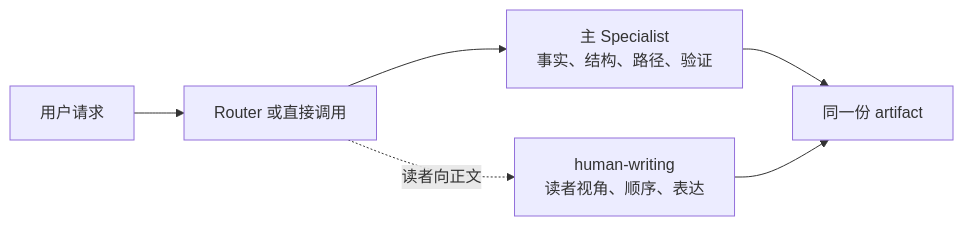
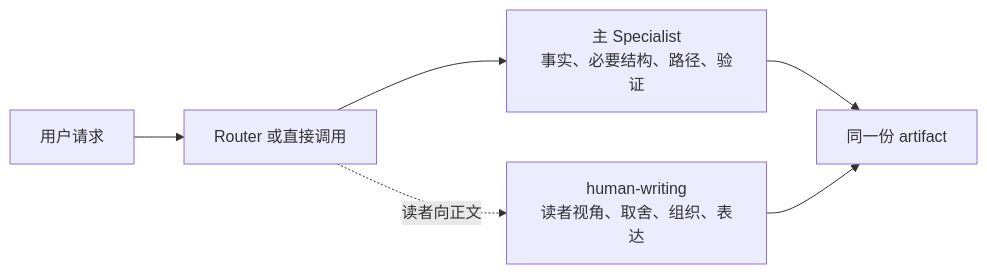
Before and after one commit to Neplich/dev-agent-skills: the second of 2 diagrams in docs/architecture.md, drawn with Mermaid. The commit also changed other lines of this file and 49 other files, not shown here.

First line of the commit message:
feat(human-writing): 补齐范围判断、结构权限与高风险事实回传 (#314)

````diff
--- a/docs/architecture.md
+++ b/docs/architecture.md
@@ -44,8 +48,8 @@
 ```mermaid
 flowchart LR
     U["用户请求"] --> R["Router 或直接调用"]
-    R --> P["主 Specialist\n事实、结构、路径、验证"]
-    R -. "读者向正文" .-> H["human-writing\n读者视角、顺序、表达"]
+    R --> P["主 Specialist\n事实、必要结构、路径、验证"]
+    R -. "读者向正文" .-> H["human-writing\n读者视角、取舍、组织、表达"]
     P --> A["同一份 artifact"]
     H --> A
 ```
````
